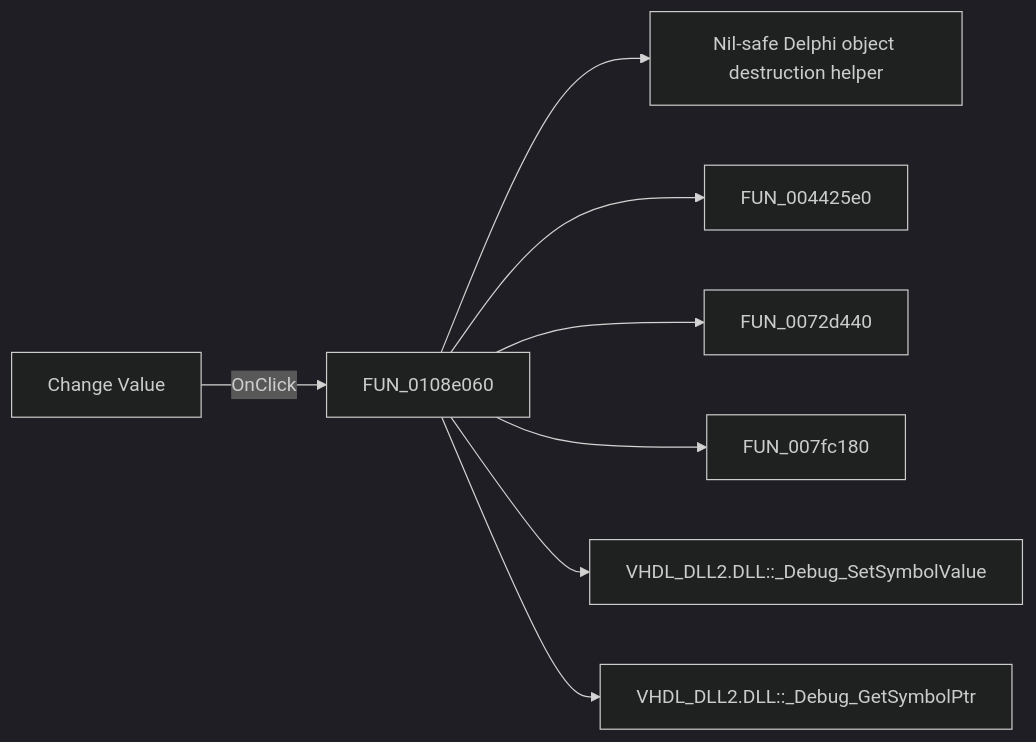
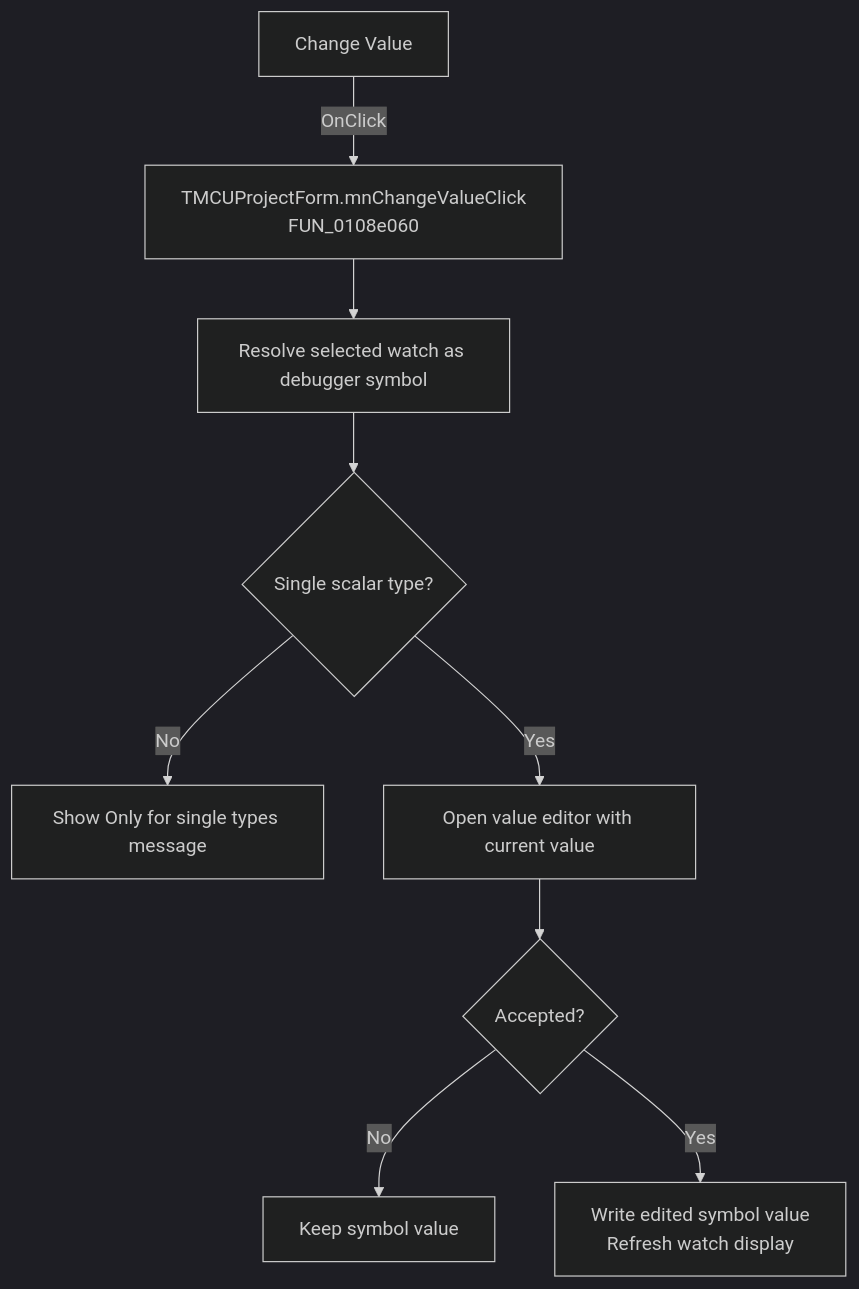
Before and after one commit to MovGP0/TIARA: the diagram in docs/ui-controls/mcuprojectform/mnchangevalue-ba2a96e238.md, drawn with Mermaid (dark theme). The commit also changed other lines of this file and 1062 other files, not shown here.

````diff
--- a/docs/ui-controls/mcuprojectform/mnchangevalue-ba2a96e238.md
+++ b/docs/ui-controls/mcuprojectform/mnchangevalue-ba2a96e238.md
@@ -27,10 +27,11 @@
 ```mermaid
-flowchart LR
-    control["Change Value"] -->|OnClick| handler["FUN_0108e060"]
-    handler --> call1["Nil-safe Delphi object destruction helper"]
-    handler --> call2["FUN_004425e0"]
-    handler --> call3["FUN_0072d440"]
-    handler --> call4["FUN_007fc180"]
-    handler --> call5["VHDL_DLL2.DLL::_Debug_SetSymbolValue"]
-    handler --> call6["VHDL_DLL2.DLL::_Debug_GetSymbolPtr"]
+flowchart TD
+    control["Change Value"] -->|OnClick| handler["TMCUProjectForm.mnChangeValueClick<br/>FUN_0108e060"]
+    handler --> resolve["Resolve selected watch as debugger symbol"]
+    resolve --> scalar{"Single scalar type?"}
+    scalar -->|No| error["Show Only for single types message"]
+    scalar -->|Yes| dialog["Open value editor with current value"]
+    dialog --> accepted{"Accepted?"}
+    accepted -->|No| noOp["Keep symbol value"]
+    accepted -->|Yes| write["Write edited symbol value<br/>Refresh watch display"]
 ```
````
